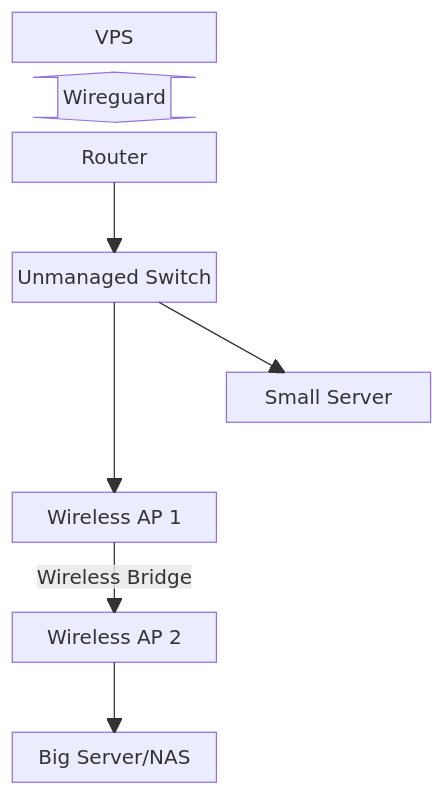
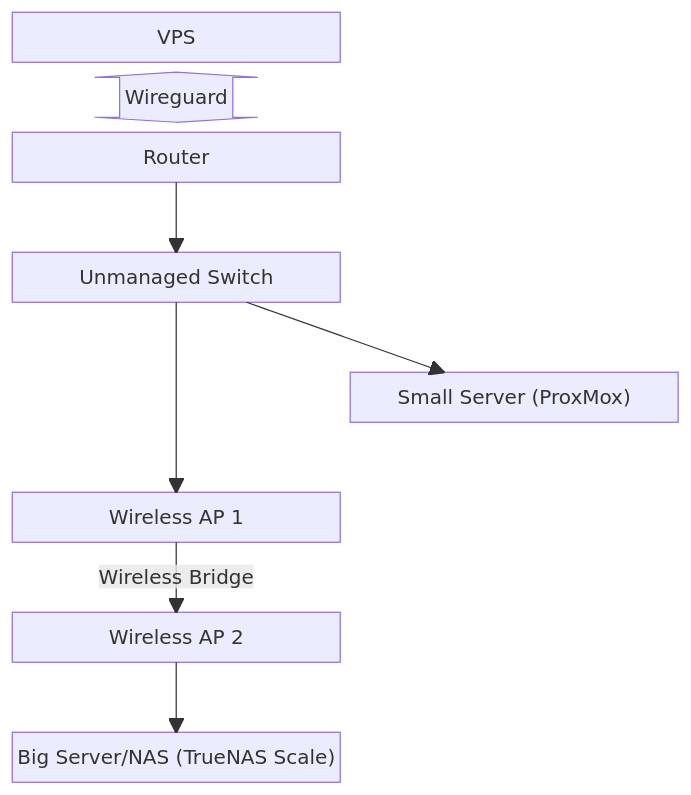
One commit to atomicangel/lab-configuration changed the diagram in README.md. Above: the diagram before and after it, drawn with Mermaid.

Commit message:
Updated Server Titles

````diff
--- a/README.md
+++ b/README.md
@@ -6,17 +6,17 @@
 ```mermaid
 block-beta
   columns 2
   VPS space 
   blockArrowId6<["Wireguard"]>(y) space
   Router
   space:3
   Router --> Switch_1["Unmanaged Switch"]
   space:4
-  Switch_1 --> Server_1["Small Server"]
+  Switch_1 --> Server_1["Small Server (ProxMox)"]
   space:2
   Switch_1 --> WAP_1["Wireless AP 1"]
   space:3
   WAP_1-- "Wireless Bridge" -->WAP_2["Wireless AP 2"]
   space:3
-  WAP_2 --> Server_2["Big Server/NAS"]
+  WAP_2 --> Server_2["Big Server/NAS (TrueNAS Scale)"]
 ```
````
